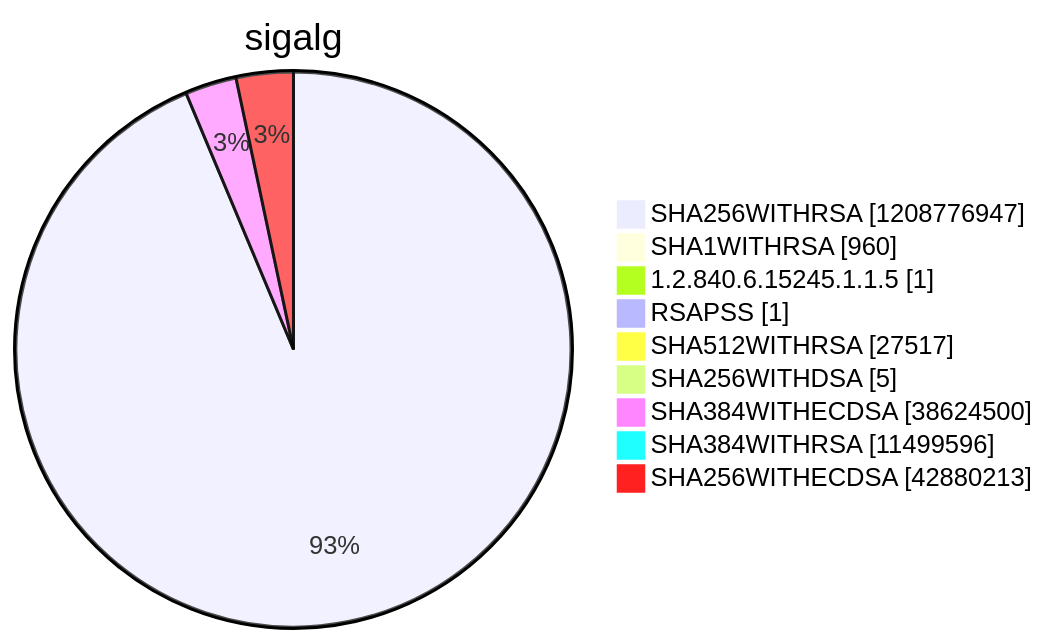
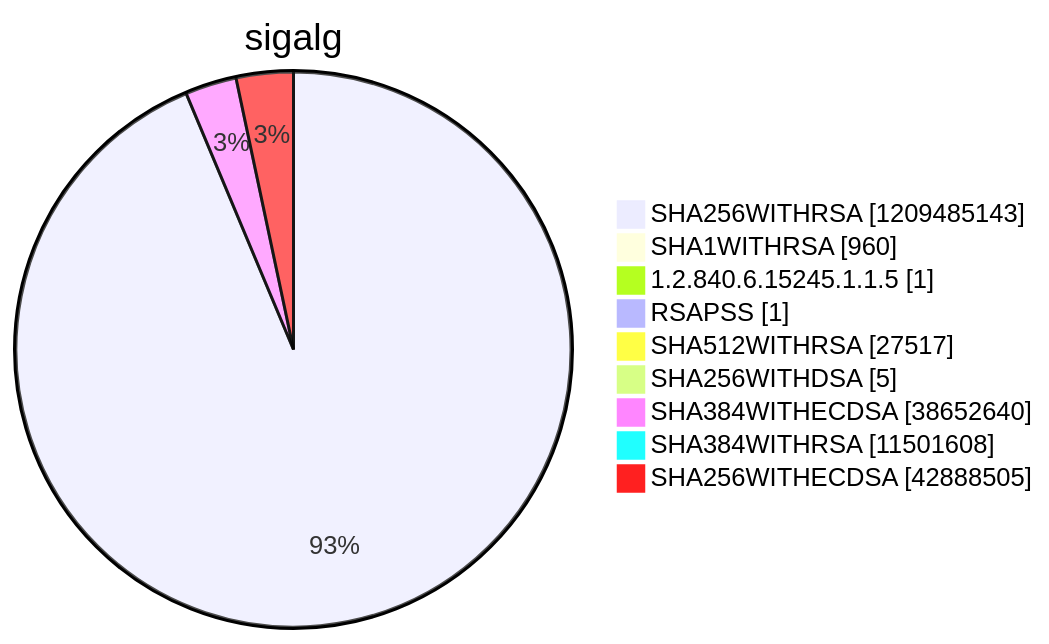
Diagram 15 of 15 in argon2022/README.md (christiankrug/ctmonitor_visualization), drawn with Mermaid before and after one commit. The commit also changed other lines of this file, not shown here.

````diff
--- a/argon2022/README.md
+++ b/argon2022/README.md
@@ -5520,13 +5520,13 @@
 ```mermaid
 pie showData
 title sigalg
-"SHA256WITHRSA" :1208776947
+"SHA256WITHRSA" :1209485143
 "SHA1WITHRSA" :960
 "1.2.840.6.15245.1.1.5" :1
 "RSAPSS" :1
 "SHA512WITHRSA" :27517
 "SHA256WITHDSA" :5
-"SHA384WITHECDSA" :38624500
-"SHA384WITHRSA" :11499596
-"SHA256WITHECDSA" :42880213
+"SHA384WITHECDSA" :38652640
+"SHA384WITHRSA" :11501608
+"SHA256WITHECDSA" :42888505
 ```
````
